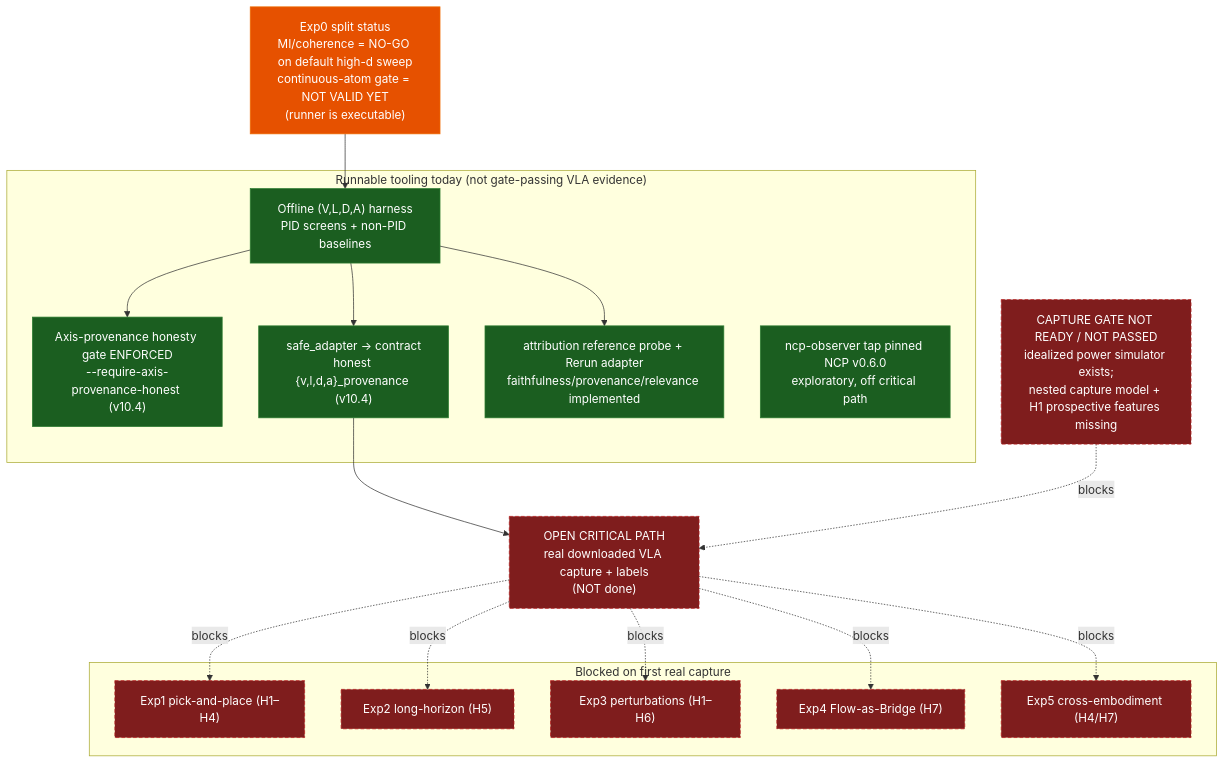
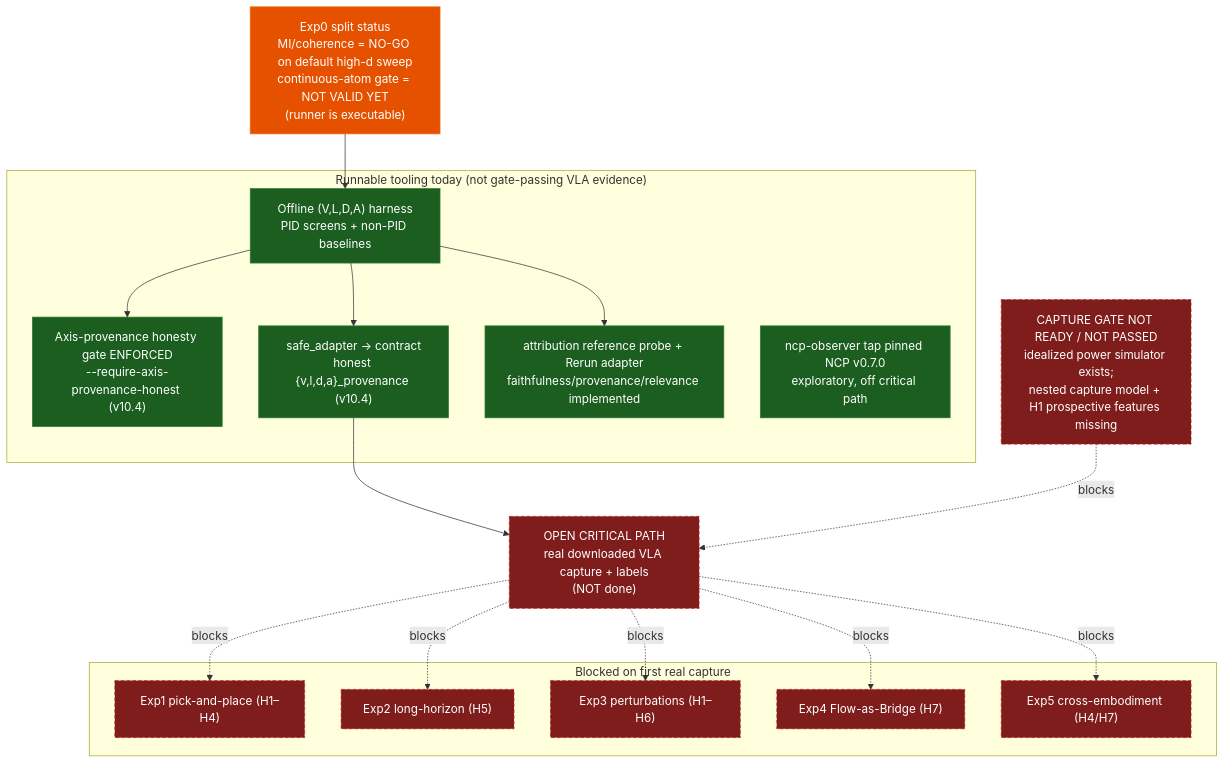
The first of 18 diagrams in DIAGRAMS.md (sepahead/prisoma), drawn with Mermaid before and after one commit. The commit also changed 13 other files, not shown here.

Commit message:
feat(ncp-observer): adopt NCP v0.7.0 safely

````diff
--- a/DIAGRAMS.md
+++ b/DIAGRAMS.md
@@ -22,35 +22,35 @@
 ```mermaid
 flowchart TD
     classDef run fill:#1b5e20,stroke:#2e7d32,color:#fff;
     classDef gate fill:#e65100,stroke:#ef6c00,color:#fff;
     classDef blocked fill:#7f1d1d,stroke:#b71c1c,color:#fff,stroke-dasharray:5 3;
 
     Exp0["Exp0 split status<br/>MI/coherence = NO-GO on default high-d sweep<br/>continuous-atom gate = NOT VALID YET<br/>(runner is executable)"]:::gate
 
     subgraph Today["Runnable tooling today (not gate-passing VLA evidence)"]
         Harness["Offline (V,L,D,A) harness<br/>PID screens + non-PID baselines"]:::run
         ProvGate["Axis-provenance honesty gate ENFORCED<br/>--require-axis-provenance-honest (v10.4)"]:::run
         Adapter["safe_adapter → contract<br/>honest {v,l,d,a}_provenance (v10.4)"]:::run
         Attr["attribution reference probe + Rerun adapter<br/>faithfulness/provenance/relevance implemented"]:::run
-        Obs["ncp-observer tap pinned NCP v0.6.0<br/>exploratory, off critical path"]:::run
+        Obs["ncp-observer tap pinned NCP v0.7.0<br/>exploratory, off critical path"]:::run
     end
 
     Power["CAPTURE GATE NOT READY / NOT PASSED<br/>idealized power simulator exists;<br/>nested capture model + H1 prospective features missing"]:::blocked
     Capture["OPEN CRITICAL PATH<br/>real downloaded VLA capture + labels<br/>(NOT done)"]:::blocked
 
     subgraph Blocked["Blocked on first real capture"]
         E1["Exp1 pick-and-place (H1–H4)"]:::blocked
         E2["Exp2 long-horizon (H5)"]:::blocked
         E3["Exp3 perturbations (H1–H6)"]:::blocked
         E4["Exp4 Flow-as-Bridge (H7)"]:::blocked
         E5["Exp5 cross-embodiment (H4/H7)"]:::blocked
     end
 
     Exp0 --> Harness
     Harness --> ProvGate
     Harness --> Adapter
     Harness --> Attr
     Adapter --> Capture
     Power -. blocks .-> Capture
     Capture -. blocks .-> E1 & E2 & E3 & E4 & E5
 ```
````
